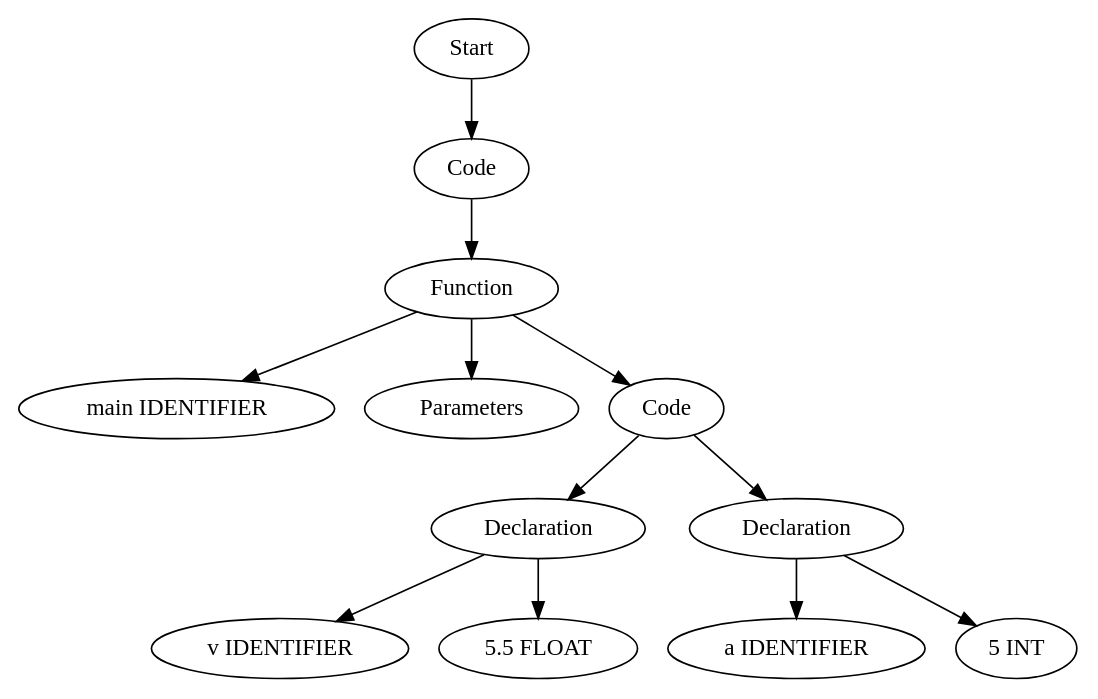
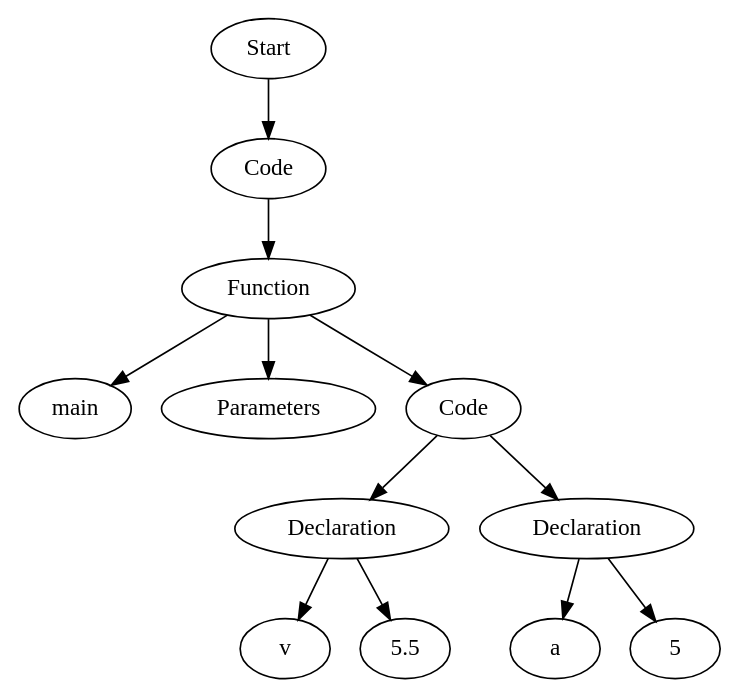
Before and after one commit to Are-you-listening/Compilers: the diagram in TestCases/ASTTests/ValueAdderTests/createTests/read_file_after.dot, drawn with Graphviz. The commit also changed 51 other files, not shown here.

```diff
--- a/TestCases/ASTTests/ValueAdderTests/createTests/read_file_after.dot
+++ b/TestCases/ASTTests/ValueAdderTests/createTests/read_file_after.dot
@@ -1,25 +1,25 @@
 digraph AST {
-  "127429479922992" [label="Start"];
-  "127429479922992" -> "127429479922176";
-  "127429479922176" [label="Code"];
-  "127429479922176" -> "127429479914928";
-  "127429479914928" [label="Function"];
-  "127429479914928" -> "127429479922128";
-  "127429479914928" -> "127429479922032";
-  "127429479914928" -> "127429479921888";
-  "127429479922128" [label="main IDENTIFIER"];
-  "127429479922032" [label="Parameters"];
-  "127429479921888" [label="Code"];
-  "127429479921888" -> "127429479921792";
-  "127429479921888" -> "127429479921600";
-  "127429479921792" [label="Declaration"];
-  "127429479921792" -> "127429479921648";
-  "127429479921792" -> "127429479921744";
-  "127429479921648" [label="v IDENTIFIER"];
-  "127429479921744" [label="5.5 FLOAT"];
-  "127429479921600" [label="Declaration"];
-  "127429479921600" -> "127429479921984";
-  "127429479921600" -> "127429479921456";
-  "127429479921984" [label="a IDENTIFIER"];
-  "127429479921456" [label="5 INT"];
+  "134760312782224" [label="Start"];
+  "134760312782224" -> "134760312772864";
+  "134760312772864" [label="Code"];
+  "134760312772864" -> "134760312776656";
+  "134760312776656" [label="Function"];
+  "134760312776656" -> "134760312773488";
+  "134760312776656" -> "134760312774112";
+  "134760312776656" -> "134760312778048";
+  "134760312773488" [label="main"];
+  "134760312774112" [label="Parameters"];
+  "134760312778048" [label="Code"];
+  "134760312778048" -> "134760312777472";
+  "134760312778048" -> "134760312774880";
+  "134760312777472" [label="Declaration"];
+  "134760312777472" -> "134760312773920";
+  "134760312777472" -> "134760312781840";
+  "134760312773920" [label="v"];
+  "134760312781840" [label="5.5"];
+  "134760312774880" [label="Declaration"];
+  "134760312774880" -> "134760312781504";
+  "134760312774880" -> "134760312781552";
+  "134760312781504" [label="a"];
+  "134760312781552" [label="5"];
 }
```
